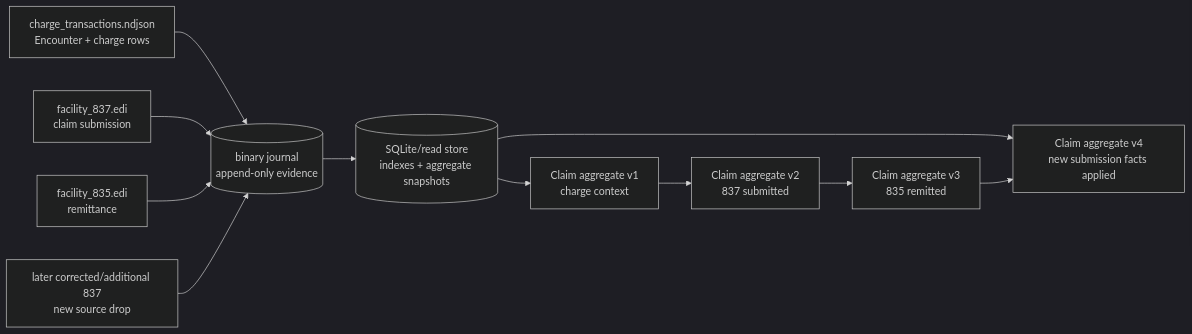
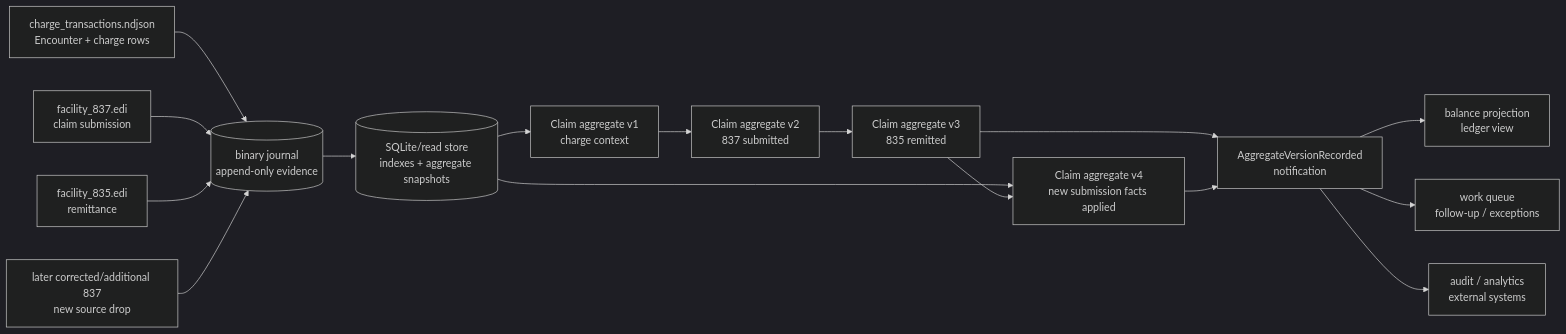
Before and after one commit to AlexJReid/scribe: the diagram in README.md, drawn with Mermaid (dark theme). The commit also changed other lines of this file, not shown here.

````diff
--- a/README.md
+++ b/README.md
@@ -53,26 +53,36 @@
 ```mermaid
 flowchart LR
     charges["charge_transactions.ndjson<br/>Encounter + charge rows"]
     f837["facility_837.edi<br/>claim submission"]
     f835["facility_835.edi<br/>remittance"]
     journal[("binary journal<br/>append-only evidence")]
     index[("SQLite/read store<br/>indexes + aggregate snapshots")]
     agg1["Claim aggregate v1<br/>charge context"]
     agg2["Claim aggregate v2<br/>837 submitted"]
     agg3["Claim aggregate v3<br/>835 remitted"]
     later837["later corrected/additional 837<br/>new source drop"]
     agg4["Claim aggregate v4<br/>new submission facts applied"]
+    notify["AggregateVersionRecorded<br/>notification"]
+    balance["balance projection<br/>ledger view"]
+    workq["work queue<br/>follow-up / exceptions"]
+    audit["audit / analytics<br/>external systems"]
 
     charges --> journal
     f837 --> journal
     f835 --> journal
 
     journal --> index
     index --> agg1
     agg1 --> agg2
     agg2 --> agg3
 
     later837 --> journal
     index --> agg4
     agg3 --> agg4
+
+    agg3 --> notify
+    agg4 --> notify
+    notify --> balance
+    notify --> workq
+    notify --> audit
 ```
````
